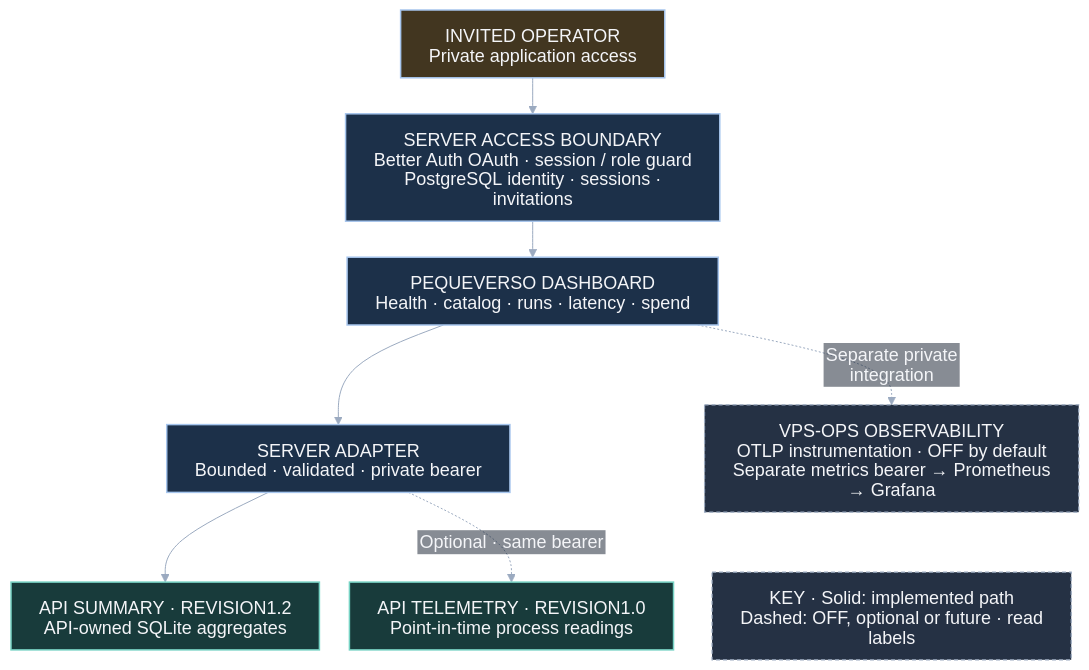
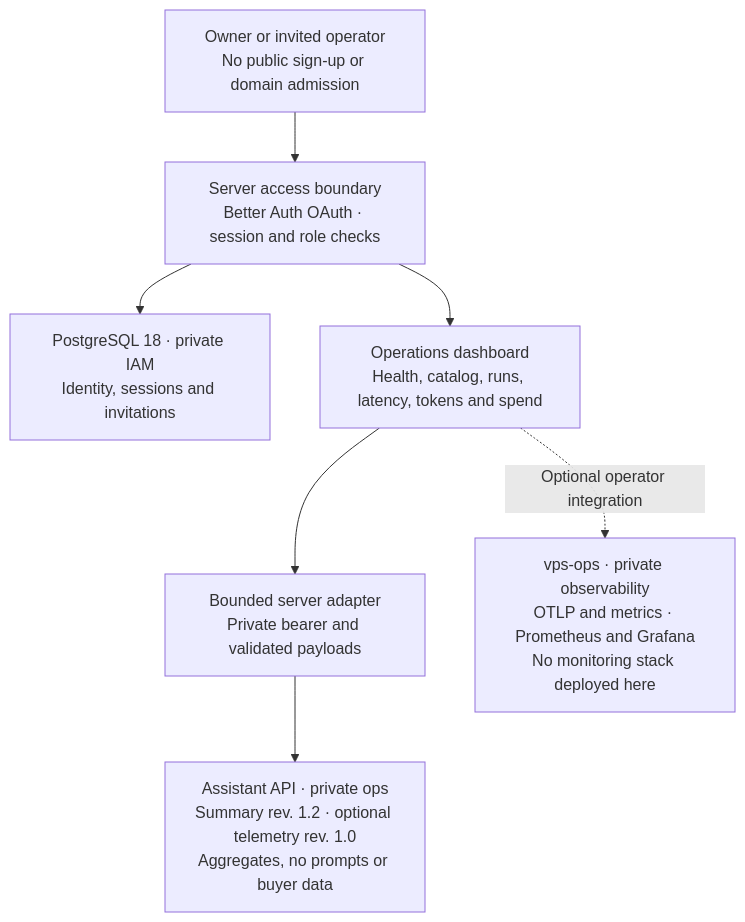
Before and after one commit to gonzalomartinperez/pequeverso-assistant-backoffice: the diagram in docs/architecture/system-dark.mmd, drawn with Mermaid. The commit also changed 7 other files, not shown here.

First line of the commit message:
docs: author readable backoffice architecture diagrams

```diff
--- a/docs/architecture/system-dark.mmd
+++ b/docs/architecture/system-dark.mmd
@@ -1,21 +1,9 @@
----
-{"config": {"theme": "base", "look": "classic", "fontFamily": "Arial, sans-serif", "htmlLabels": false, "themeVariables": {"background": "#101b2b", "primaryTextColor": "#f4f5f8", "lineColor": "#9baac0", "clusterBkg": "#101b2b", "clusterBorder": "#9baac0", "edgeLabelBackground": "#101b2b", "fontSize": "18px", "textColor": "#f4f5f8", "titleColor": "#f4f5f8", "nodeTextColor": "#f4f5f8", "clusterTextColor": "#f4f5f8"}, "flowchart": {"curve": "basis", "nodeSpacing": 30, "rankSpacing": 36, "padding": 14, "htmlLabels": false, "wrappingWidth": 340}, "markdownAutoWrap": false, "themeCSS": ".cluster-label text,.nodeLabel,.edgeLabel text,.label text{fill:#f4f5f8!important;} .edgeLabel rect,.edgeLabel polygon{fill:#101b2b!important;opacity:1!important;}"}}
----
 flowchart TB
-  accTitle: Pequeverso private backoffice components and boundaries
-  accDescr: Invited operators authenticate using OAuth and private PostgreSQL. Server session and role guards protect the dashboard. A bounded server adapter reads API summary and optional telemetry, separate from private observability.
-  Operator["INVITED OPERATOR<br/>Private application access"] --> Guard["SERVER ACCESS BOUNDARY<br/>Better Auth OAuth · session / role guard<br/>PostgreSQL identity · sessions · invitations"]
-  Guard --> Panel["PEQUEVERSO DASHBOARD<br/>Health · catalog · runs · latency · spend"]
-  Panel --> Adapter["SERVER ADAPTER<br/>Bounded · validated · private bearer"]
-  Adapter --> Summary["API SUMMARY · REVISION1.2<br/>API-owned SQLite aggregates"]
-  Adapter -. "Optional · same bearer" .-> Telemetry["API TELEMETRY · REVISION1.0<br/>Point-in-time process readings"]
-  Panel -. "Separate private integration" .-> Monitor["VPS-OPS OBSERVABILITY<br/>OTLP instrumentation · OFF by default<br/>Separate metrics bearer → Prometheus → Grafana"]
-  Monitor ~~~ Legend["KEY · Solid: implemented path<br/>Dashed: OFF, optional or future · read labels"]
-  class Operator person
-  class Guard,Panel,Adapter app
-  class Summary,Telemetry data
-  class Monitor,Legend external
-  classDef person fill:#423620,stroke:#a6c5ed,color:#f4f5f8,stroke-width:1.5px;
-  classDef app fill:#1c3049,stroke:#a6c5ed,color:#f4f5f8,stroke-width:1.5px;
-  classDef data fill:#183b3b,stroke:#77d3c4,color:#f4f5f8,stroke-width:1.5px;
-  classDef external fill:#253144,stroke:#9baac0,color:#f4f5f8,stroke-width:1.2px,stroke-dasharray:4 3;
+  accTitle: Pequeverso private backoffice access and aggregate operations
+  accDescr: The owner or invited operators authenticate through Better Auth OAuth. Server-side session and role checks use the separate PostgreSQL identity database. A bounded server adapter reads private API summaries and optional telemetry. Observability is optional and operator-owned.
+  Operator["Owner or invited operator<br/>No public sign-up or domain admission"] --> Access["Server access boundary<br/>Better Auth OAuth · session and role checks"]
+  Access --> IAM["PostgreSQL 18 · private IAM<br/>Identity, sessions and invitations"]
+  Access --> Panel["Operations dashboard<br/>Health, catalog, runs, latency, tokens and spend"]
+  Panel --> Adapter["Bounded server adapter<br/>Private bearer and validated payloads"]
+  Adapter --> API["Assistant API · private ops<br/>Summary rev. 1.2 · optional telemetry rev. 1.0<br/>Aggregates, no prompts or buyer data"]
+  Panel -. Optional operator integration .-> Ops["vps-ops · private observability<br/>OTLP and metrics · Prometheus and Grafana<br/>No monitoring stack deployed here"]
```
